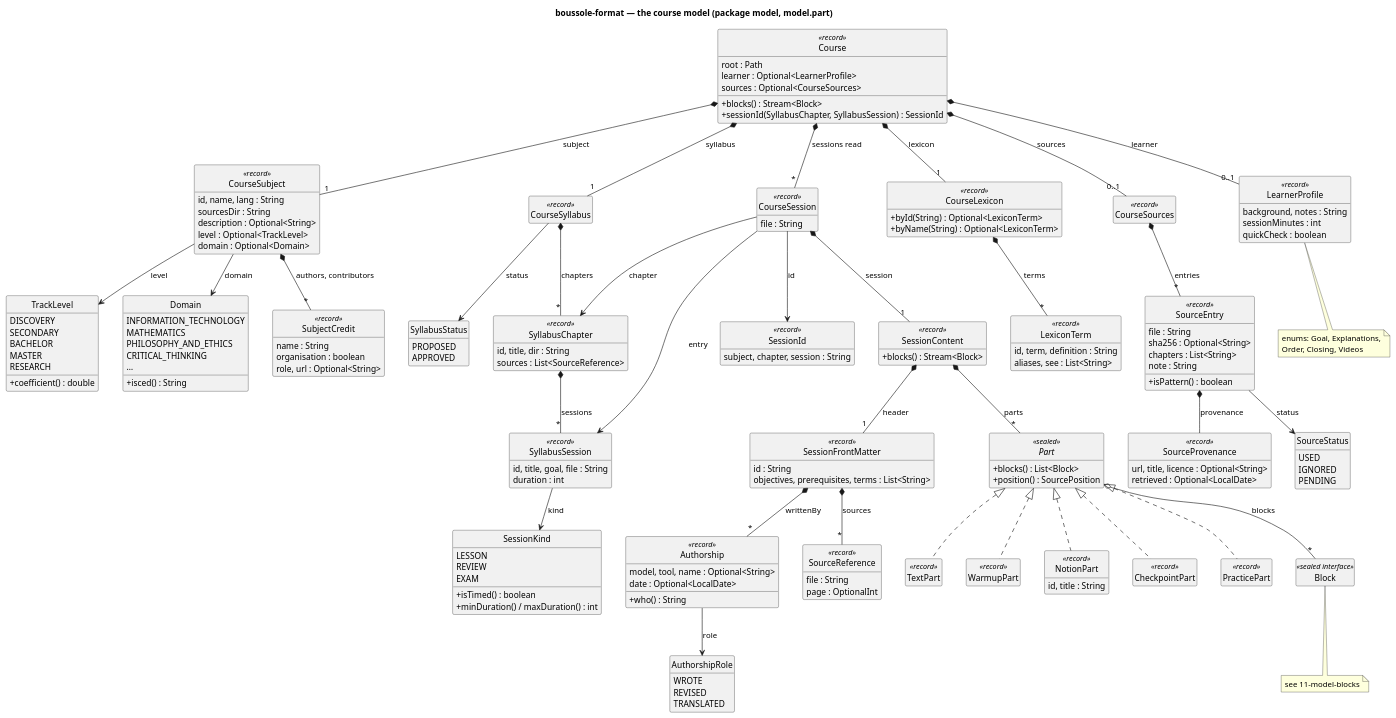
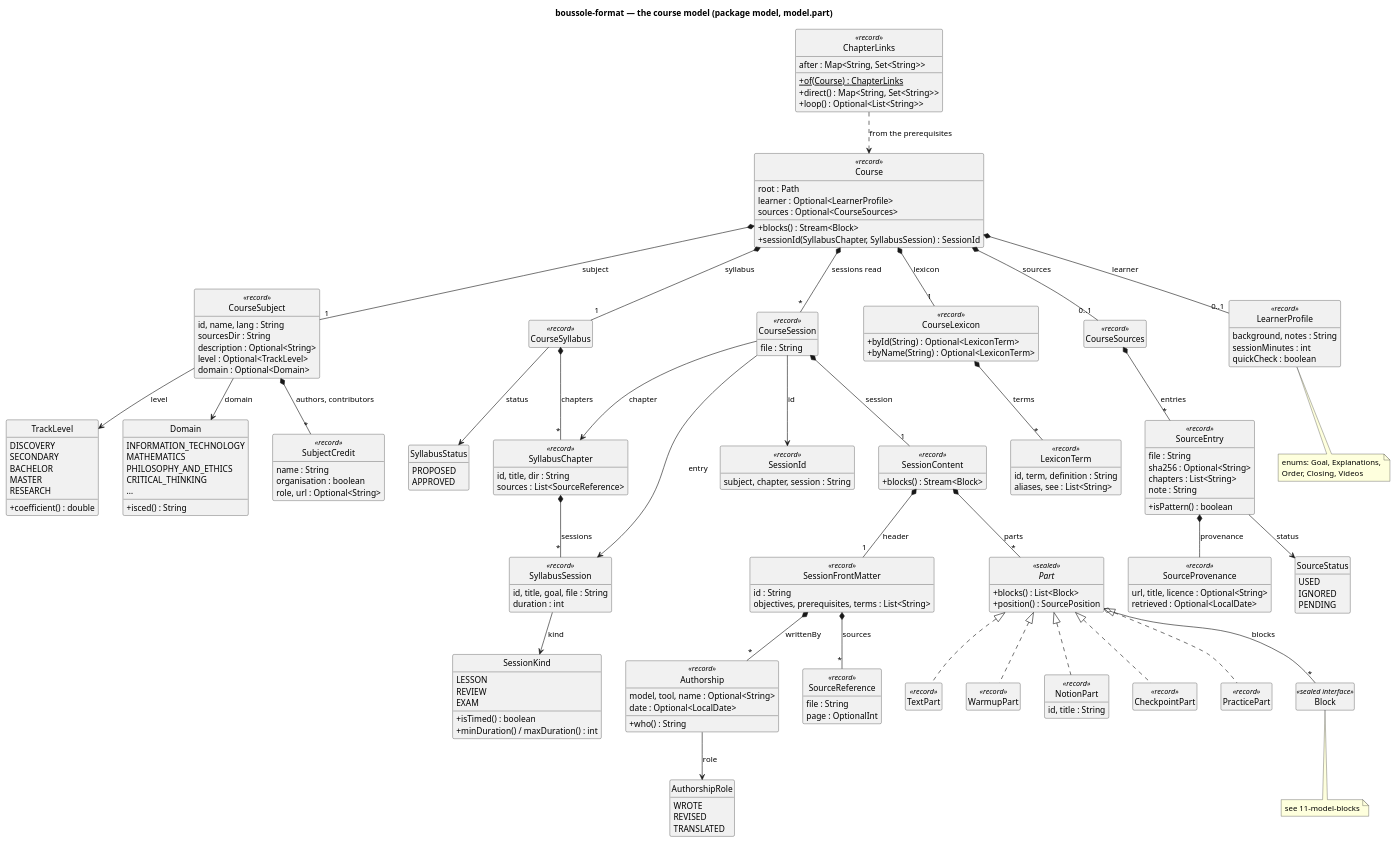
One commit to lucasssoh/Boussole changed the diagram in docs/diagrams/10-model-course.puml. Above: the diagram before and after it, drawn with PlantUML. The commit also changed 39 other files, not shown here.

Commit message:
Track : chapters follow one another (F044), and a track shows as a map, chapters then a chapter zoomed into its sessions, woven in breadth first

```diff
--- a/docs/diagrams/10-model-course.puml
+++ b/docs/diagrams/10-model-course.puml
@@ -1,175 +1,182 @@
 @startuml 10-model-course
 skinparam packageStyle rectangle
 skinparam classAttributeIconSize 0
 skinparam nodesep 40
 skinparam ranksep 50
 hide empty members
 hide circle
 title boussole-format — the course model (package model, model.part)
 
 class Course <<record>> {
   root : Path
   learner : Optional<LearnerProfile>
   sources : Optional<CourseSources>
   +blocks() : Stream<Block>
   +sessionId(SyllabusChapter, SyllabusSession) : SessionId
 }
 class CourseSubject <<record>> {
   id, name, lang : String
   sourcesDir : String
   description : Optional<String>
   level : Optional<TrackLevel>
   domain : Optional<Domain>
 }
 enum TrackLevel {
   DISCOVERY
   SECONDARY
   BACHELOR
   MASTER
   RESEARCH
   +coefficient() : double
 }
 enum Domain {
   INFORMATION_TECHNOLOGY
   MATHEMATICS
   PHILOSOPHY_AND_ETHICS
   CRITICAL_THINKING
   …
   +isced() : String
 }
 class CourseSyllabus <<record>>
+class ChapterLinks <<record>> {
+  after : Map<String, Set<String>>
+  +{static} of(Course) : ChapterLinks
+  +direct() : Map<String, Set<String>>
+  +loop() : Optional<List<String>>
+}
 enum SyllabusStatus {
   PROPOSED
   APPROVED
 }
 class SyllabusChapter <<record>> {
   id, title, dir : String
   sources : List<SourceReference>
 }
 class SyllabusSession <<record>> {
   id, title, goal, file : String
   duration : int
 }
 enum SessionKind {
   LESSON
   REVIEW
   EXAM
   +isTimed() : boolean
   +minDuration() / maxDuration() : int
 }
 class SessionId <<record>> {
   subject, chapter, session : String
 }
 class CourseLexicon <<record>> {
   +byId(String) : Optional<LexiconTerm>
   +byName(String) : Optional<LexiconTerm>
 }
 class LexiconTerm <<record>> {
   id, term, definition : String
   aliases, see : List<String>
 }
 class CourseSources <<record>>
 class SourceEntry <<record>> {
   file : String
   sha256 : Optional<String>
   chapters : List<String>
   note : String
   +isPattern() : boolean
 }
 class Authorship <<record>> {
   model, tool, name : Optional<String>
   date : Optional<LocalDate>
   +who() : String
 }
 enum AuthorshipRole {
   WROTE
   REVISED
   TRANSLATED
 }
 class SubjectCredit <<record>> {
   name : String
   organisation : boolean
   role, url : Optional<String>
 }
 class SourceProvenance <<record>> {
   url, title, licence : Optional<String>
   retrieved : Optional<LocalDate>
 }
 enum SourceStatus {
   USED
   IGNORED
   PENDING
 }
 class LearnerProfile <<record>> {
   background, notes : String
   sessionMinutes : int
   quickCheck : boolean
 }
 note bottom of LearnerProfile
   enums: Goal, Explanations,
   Order, Closing, Videos
 end note
 class CourseSession <<record>> {
   file : String
 }
 class SessionContent <<record>> {
   +blocks() : Stream<Block>
 }
 class SessionFrontMatter <<record>> {
   id : String
   objectives, prerequisites, terms : List<String>
 }
 class SourceReference <<record>> {
   file : String
   page : OptionalInt
 }
 
 interface Part <<sealed>> {
   +blocks() : List<Block>
   +position() : SourcePosition
 }
 class TextPart <<record>>
 class WarmupPart <<record>>
 class NotionPart <<record>> {
   id, title : String
 }
 class CheckpointPart <<record>>
 class PracticePart <<record>>
 
 Course *-- "1" CourseSubject : subject
 CourseSubject --> TrackLevel : level
 CourseSubject --> Domain : domain
 Course *-- "1" CourseSyllabus : syllabus
+ChapterLinks ..> Course : from the prerequisites
 Course *-- "1" CourseLexicon : lexicon
 Course *-- "0..1" LearnerProfile : learner
 Course *-- "0..1" CourseSources : sources
 CourseSources *-- "*" SourceEntry : entries
 SourceEntry --> SourceStatus : status
 SourceEntry *-- SourceProvenance : provenance
 Course *-- "*" CourseSession : sessions read
 CourseSyllabus *-- "*" SyllabusChapter : chapters
 CourseSyllabus --> SyllabusStatus : status
 SyllabusChapter *-- "*" SyllabusSession : sessions
 SyllabusSession --> SessionKind : kind
 CourseLexicon *-- "*" LexiconTerm : terms
 CourseSession --> SessionId : id
 CourseSession --> SyllabusChapter : chapter
 CourseSession --> SyllabusSession : entry
 CourseSession *-- "1" SessionContent : session
 SessionContent *-- "1" SessionFrontMatter : header
 SessionContent *-- "*" Part : parts
 SessionFrontMatter *-- "*" SourceReference : sources
 Part <|.. TextPart
 Part <|.. WarmupPart
 Part <|.. NotionPart
 Part <|.. CheckpointPart
 Part <|.. PracticePart
 Part o-- "*" Block : blocks
 
 class Block <<sealed interface>>
 note bottom of Block : see 11-model-blocks
 CourseSubject *-- "*" SubjectCredit : authors, contributors
 SessionFrontMatter *-- "*" Authorship : writtenBy
 Authorship --> AuthorshipRole : role
 
 @enduml
```
